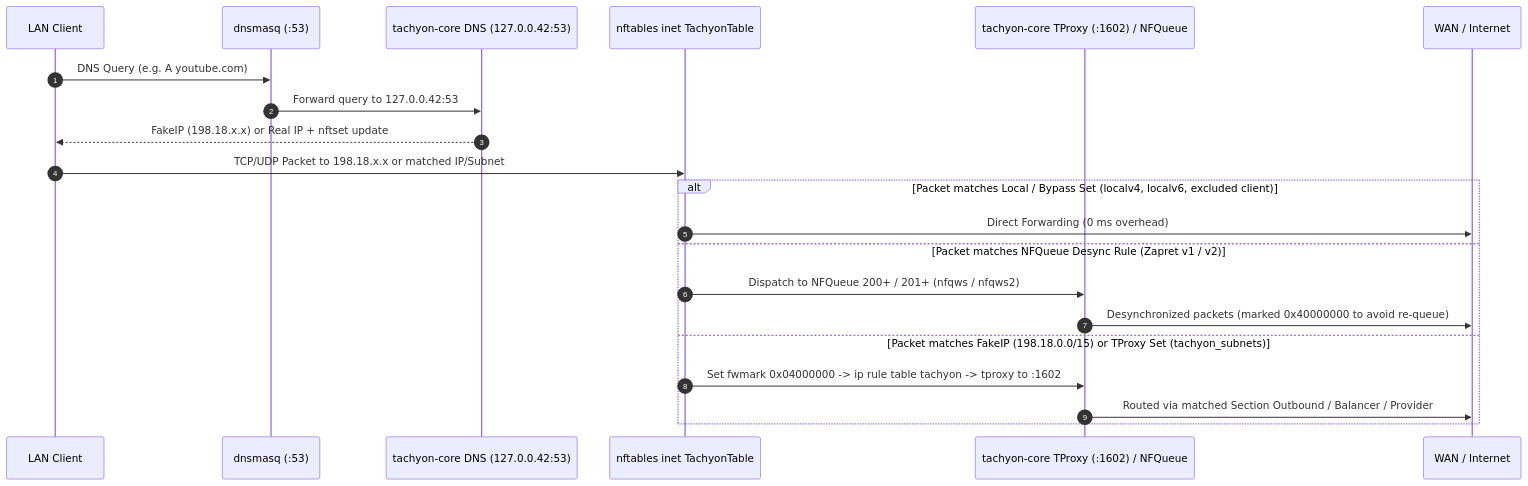
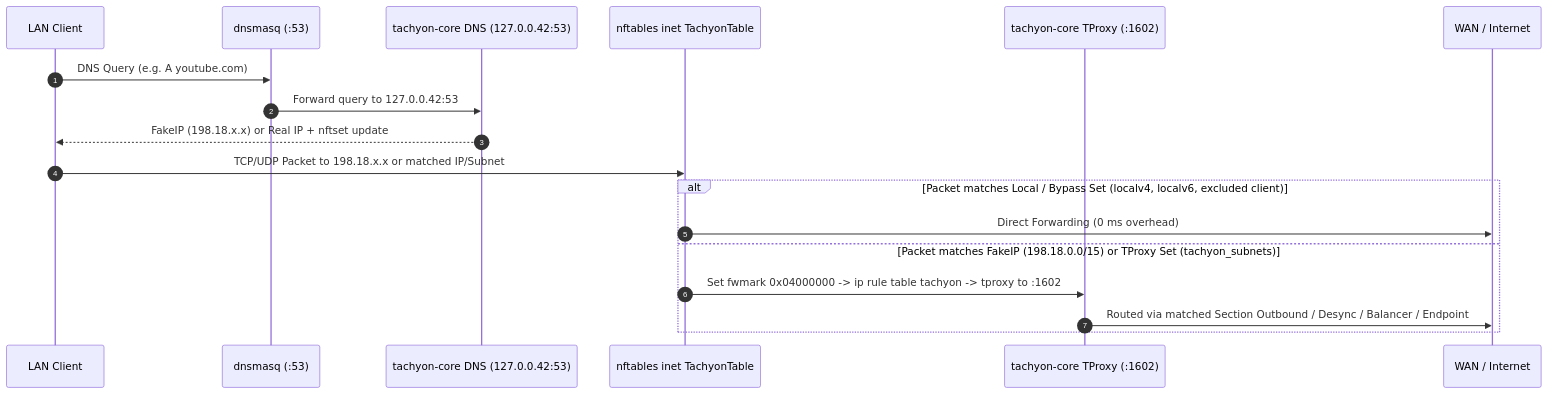
The diagram in docs/knowledge-base/03_NETWORKING_NFTABLES_AND_ROUTING.md (Dushnilin/tachyon), drawn with Mermaid before and after one commit. The commit also changed other lines of this file and 557 other files, not shown here.

First line of the commit message:
Unify on tachyon-core, drop external providers, fix installer and UI

````diff
--- a/docs/knowledge-base/03_NETWORKING_NFTABLES_AND_ROUTING.md
+++ b/docs/knowledge-base/03_NETWORKING_NFTABLES_AND_ROUTING.md
@@ -7,24 +7,21 @@
 ```mermaid
 sequenceDiagram
     autonumber
     participant Client as LAN Client
     participant DNSMasq as dnsmasq (:53)
     participant CoreDNS as tachyon-core DNS (127.0.0.42:53)
     participant PREROUTING as nftables inet TachyonTable
-    participant Core as tachyon-core TProxy (:1602) / NFQueue
+    participant Core as tachyon-core TProxy (:1602)
     participant WAN as WAN / Internet
 
     Client->>DNSMasq: DNS Query (e.g. A youtube.com)
     DNSMasq->>CoreDNS: Forward query to 127.0.0.42:53
     CoreDNS-->>Client: FakeIP (198.18.x.x) or Real IP + nftset update
     Client->>PREROUTING: TCP/UDP Packet to 198.18.x.x or matched IP/Subnet
     alt Packet matches Local / Bypass Set (localv4, localv6, excluded client)
         PREROUTING->>WAN: Direct Forwarding (0 ms overhead)
-    else Packet matches NFQueue Desync Rule (Zapret v1 / v2)
-        PREROUTING->>Core: Dispatch to NFQueue 200+ / 201+ (nfqws / nfqws2)
-        Core->>WAN: Desynchronized packets (marked 0x40000000 to avoid re-queue)
     else Packet matches FakeIP (198.18.0.0/15) or TProxy Set (tachyon_subnets)
         PREROUTING->>Core: Set fwmark 0x04000000 -> ip rule table tachyon -> tproxy to :1602
-        Core->>WAN: Routed via matched Section Outbound / Balancer / Provider
+        Core->>WAN: Routed via matched Section Outbound / Desync / Balancer / Endpoint
     end
 ```
````
